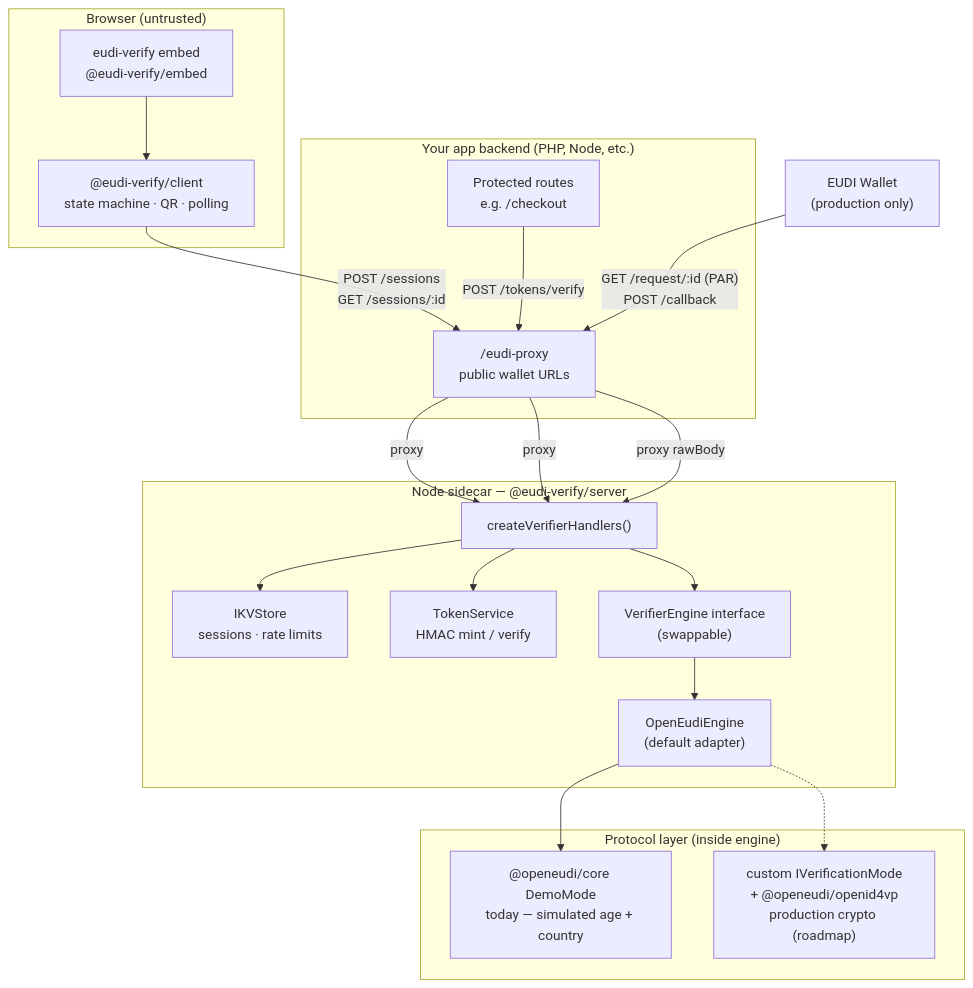
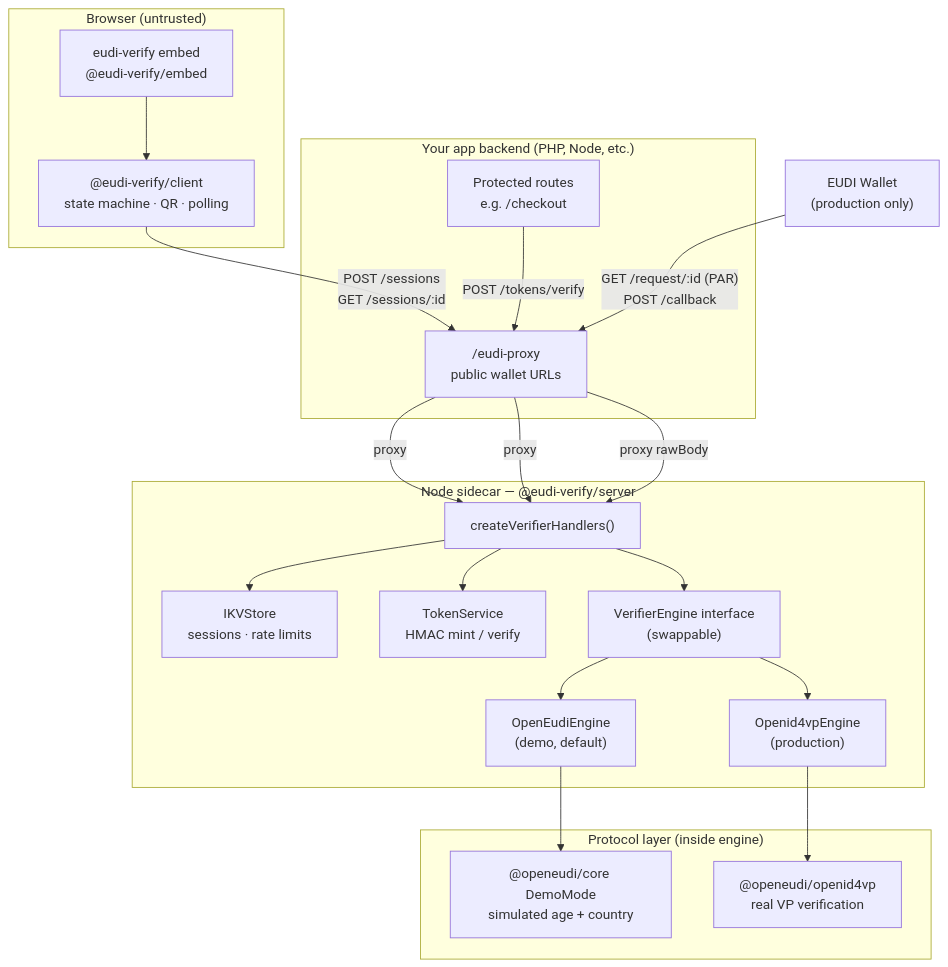
The first of 4 diagrams in docs/integration-architecture.md (eudi-verify/eudi-verify), drawn with Mermaid before and after one commit. The commit also changed other lines of this file and 3 other files, not shown here.

First line of the commit message:
docs: sync ARF, architecture and plan claims with shipped HAIP support (#54)

````diff
--- a/docs/integration-architecture.md
+++ b/docs/integration-architecture.md
@@ -19,42 +19,44 @@
 ```mermaid
 flowchart TB
   subgraph Browser["Browser (untrusted)"]
     E["eudi-verify embed<br/>@eudi-verify/embed"]
     C["@eudi-verify/client<br/>state machine · QR · polling"]
     E --> C
   end
 
   subgraph AppBackend["Your app backend (PHP, Node, etc.)"]
     P["/eudi-proxy<br/>public wallet URLs"]
     PHP["Protected routes<br/>e.g. /checkout"]
   end
 
   subgraph NodeSidecar["Node sidecar — @eudi-verify/server"]
     H["createVerifierHandlers()"]
     S["IKVStore<br/>sessions · rate limits"]
     T["TokenService<br/>HMAC mint / verify"]
     VE["VerifierEngine interface<br/>(swappable)"]
-    OE["OpenEudiEngine<br/>(default adapter)"]
+    OE["OpenEudiEngine<br/>(demo, default)"]
+    PE["Openid4vpEngine<br/>(production)"]
     H --> S
     H --> T
     H --> VE
     VE --> OE
+    VE --> PE
   end
 
   subgraph Protocol["Protocol layer (inside engine)"]
-    DM["@openeudi/core DemoMode<br/>today — simulated age + country"]
-    PM["custom IVerificationMode<br/>+ @openeudi/openid4vp<br/>production crypto (roadmap)"]
+    DM["@openeudi/core DemoMode<br/>simulated age + country"]
+    PM["@openeudi/openid4vp<br/>real VP verification"]
     OE --> DM
-    OE -.-> PM
+    PE --> PM
   end
 
   W["EUDI Wallet<br/>(production only)"]
 
   C -->|"POST /sessions<br/>GET /sessions/:id"| P
   P -->|"proxy"| H
   PHP -->|"POST /tokens/verify"| P
   P -->|"proxy"| H
 
   W -->|"GET /request/:id (PAR)<br/>POST /callback"| P
   P -->|"proxy rawBody"| H
 ```
````
